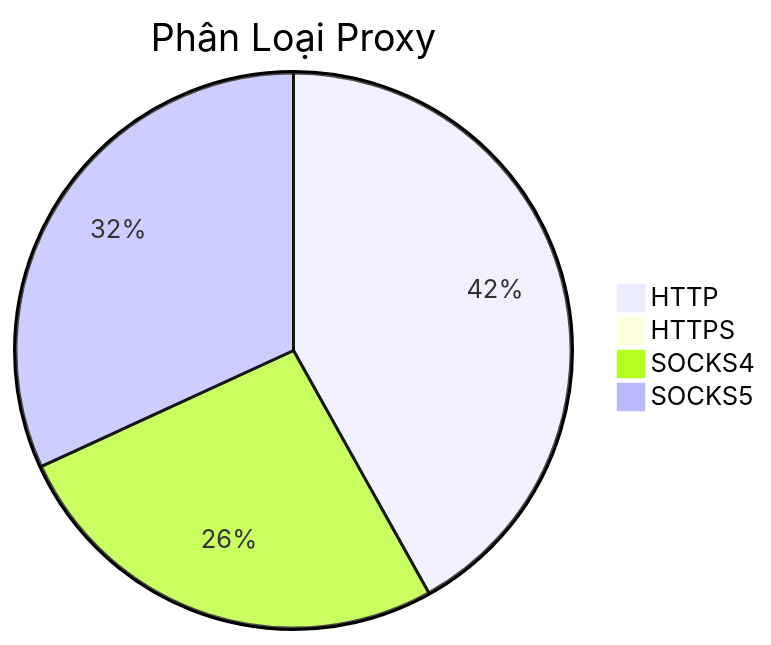
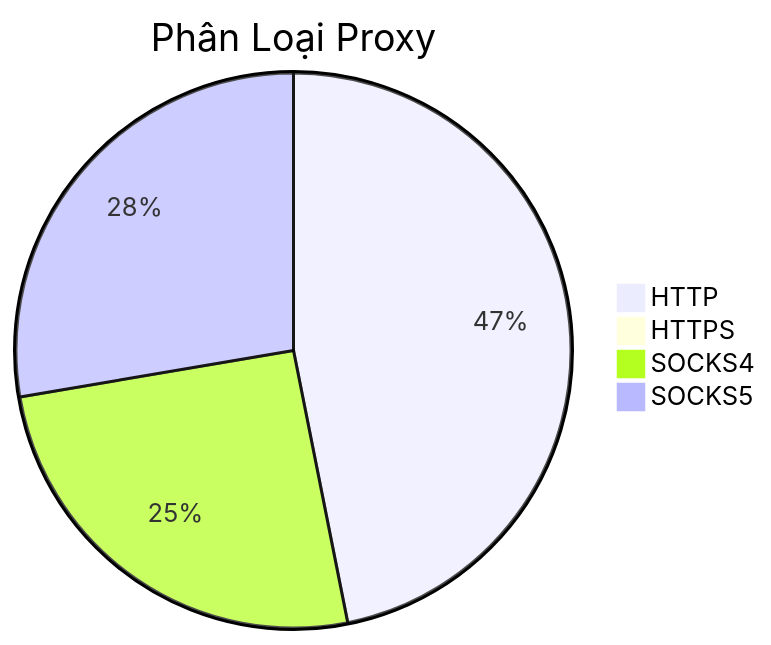
One commit to Ciara-12/PROXY-free changed the diagram in README.md. Above: the diagram before and after it, drawn with Mermaid. The commit also changed other lines of this file and 3 other files, not shown here.

````diff
--- a/README.md
+++ b/README.md
@@ -26,7 +26,7 @@
 ```mermaid
 pie title Phân Loại Proxy
-    "HTTP" : 455
+    "HTTP" : 696
     "HTTPS" : 0
-    "SOCKS4" : 285
-    "SOCKS5" : 346
+    "SOCKS4" : 378
+    "SOCKS5" : 411
 ```
````
